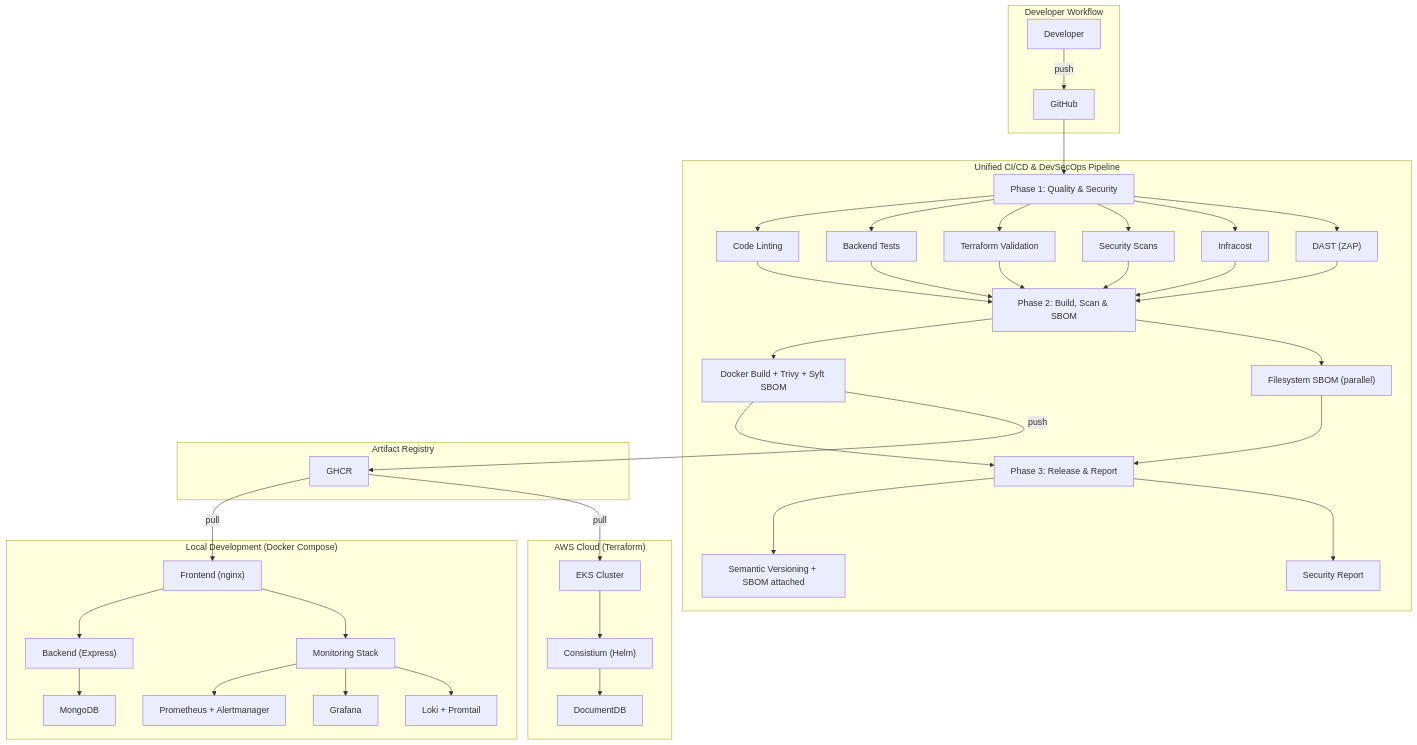
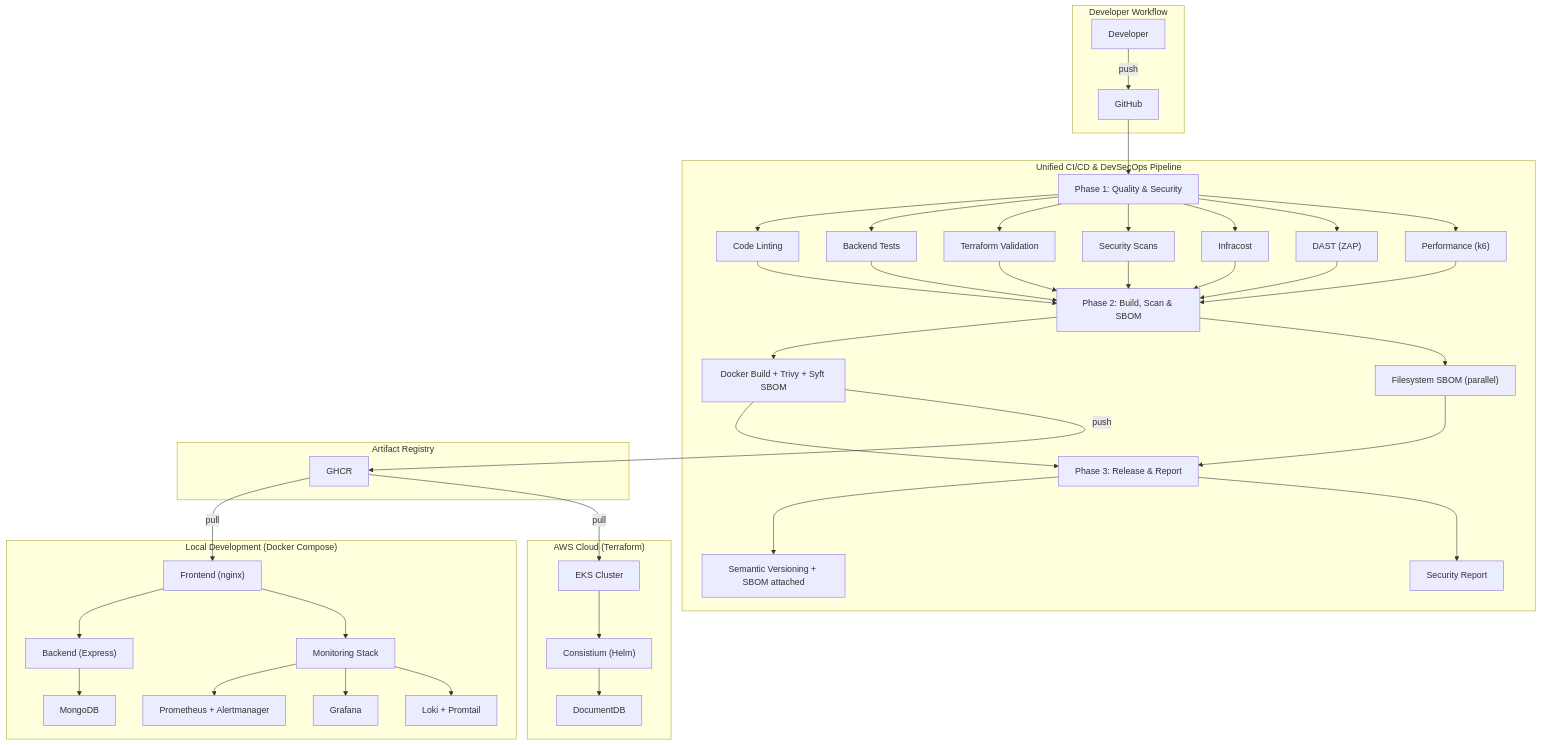
Before and after one commit to Kalpanapramodya97/consistium: the diagram in docs/devops/README.md, drawn with Mermaid. The commit also changed other lines of this file and 4 other files, not shown here.

````diff
--- a/docs/devops/README.md
+++ b/docs/devops/README.md
@@ -104,42 +105,43 @@
 ```mermaid
 graph TB
     subgraph Dev["Developer Workflow"]
         A["Developer"] -->|push| B["GitHub"]
     end
 
     subgraph Pipeline["Unified CI/CD & DevSecOps Pipeline"]
         B --> C["Phase 1: Quality & Security"]
         C --> C1["Code Linting"]
         C --> C2["Backend Tests"]
         C --> C3["Terraform Validation"]
         C --> C4["Security Scans"]
         C --> C5["Infracost"]
         C --> C6["DAST (ZAP)"]
-        C1 & C2 & C3 & C4 & C5 & C6 --> D["Phase 2: Build, Scan & SBOM"]
+        C --> C7["Performance (k6)"]
+        C1 & C2 & C3 & C4 & C5 & C6 & C7 --> D["Phase 2: Build, Scan & SBOM"]
         D --> D1["Docker Build + Trivy + Syft SBOM"]
         D --> D2["Filesystem SBOM (parallel)"]
         D1 & D2 --> E["Phase 3: Release & Report"]
         E --> E1["Semantic Versioning + SBOM attached"]
         E --> E2["Security Report"]
     end
 
     subgraph Registry["Artifact Registry"]
         D1 -->|push| F["GHCR"]
     end
 
     subgraph Local["Local Development (Docker Compose)"]
         F -->|pull| G["Frontend (nginx)"]
         G --> H["Backend (Express)"]
         H --> I["MongoDB"]
         G --> J["Monitoring Stack"]
         J --> J1["Prometheus + Alertmanager"]
         J --> J2["Grafana"]
         J --> J3["Loki + Promtail"]
     end
 
     subgraph AWS["AWS Cloud (Terraform)"]
         F -->|pull| K["EKS Cluster"]
         K --> K1["Consistium (Helm)"]
         K1 --> L["DocumentDB"]
     end
 ```
````
